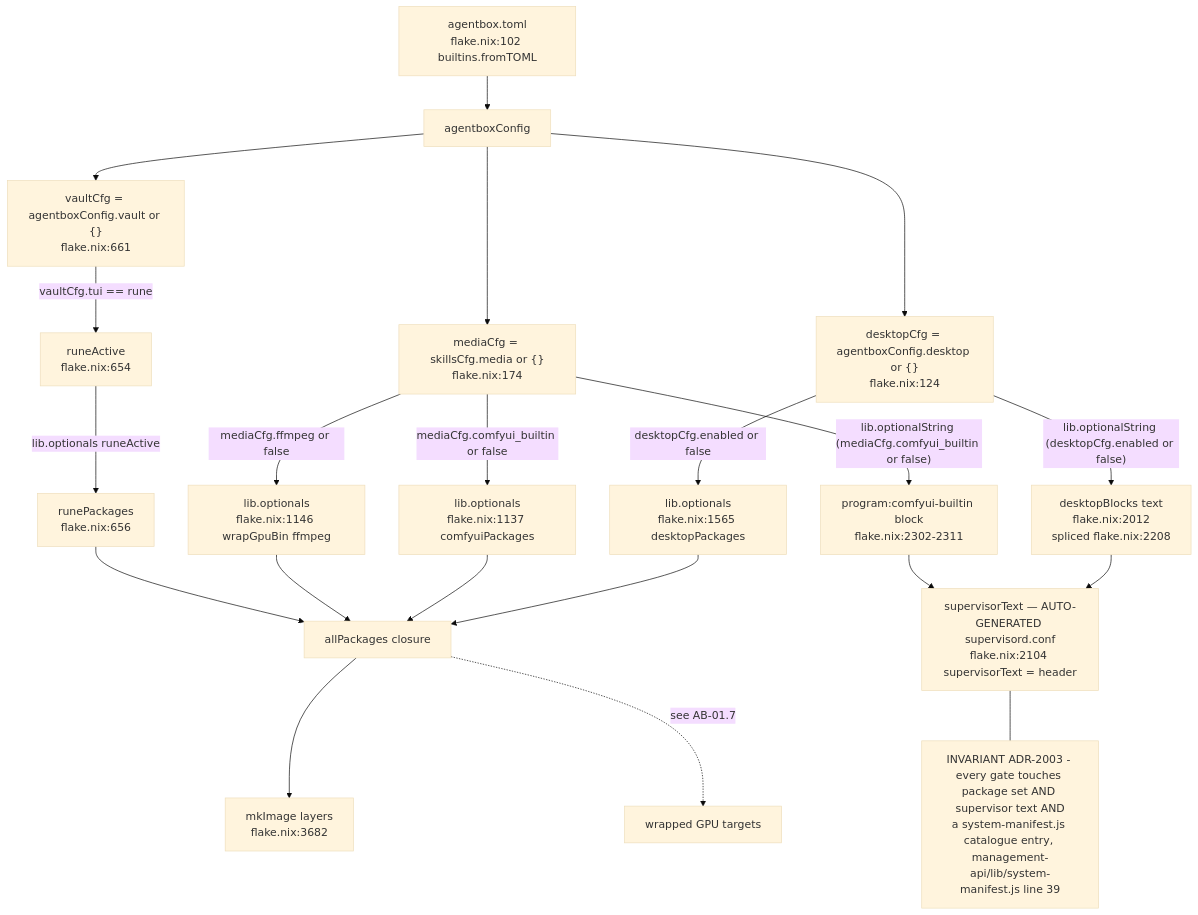
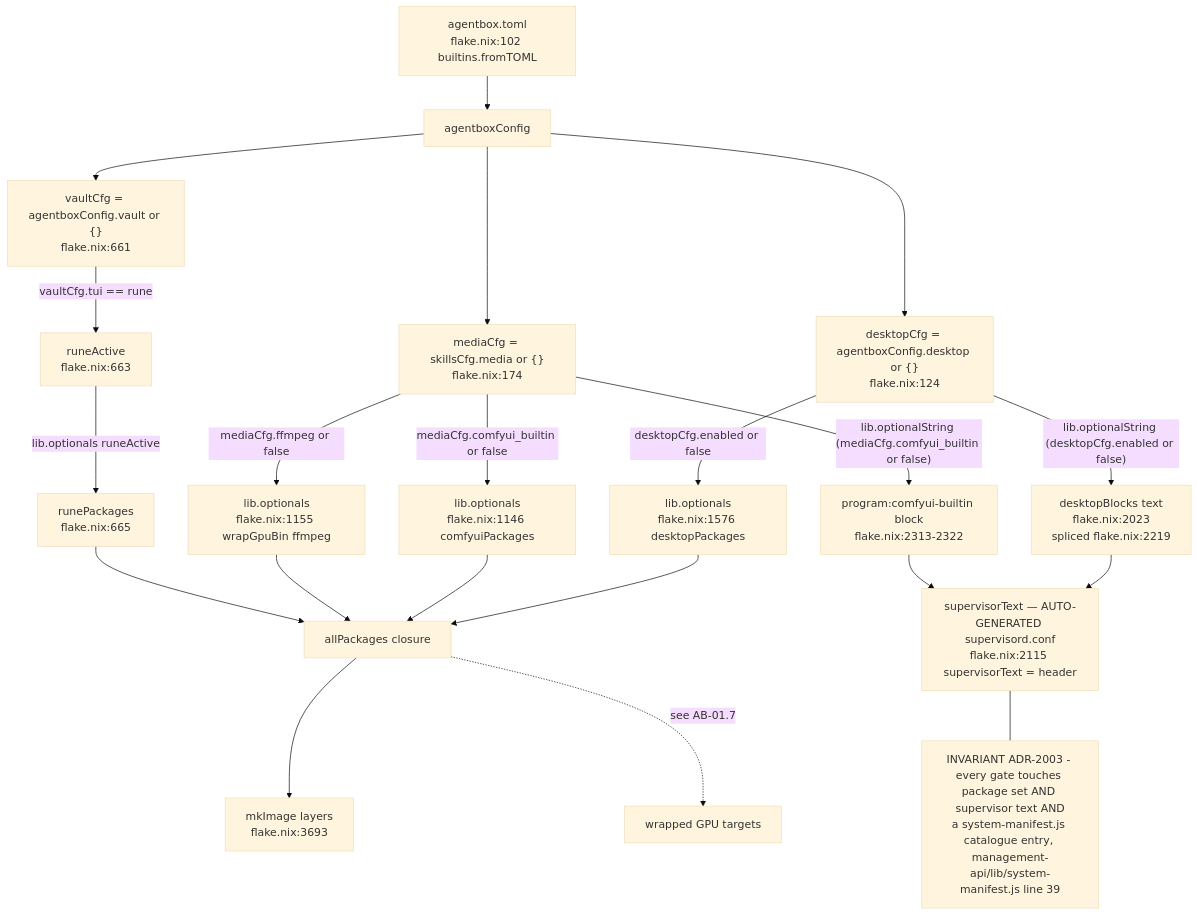
Before and after one commit to DreamLab-AI/VisionFlow: the first of 11 diagrams in docs/diagrams/agentbox/01-nix-flake-composition.md, drawn with Mermaid (base theme). The commit also changed other lines of this file and 292 other files, not shown here.

````diff
--- a/docs/diagrams/agentbox/01-nix-flake-composition.md
+++ b/docs/diagrams/agentbox/01-nix-flake-composition.md
@@ -30,30 +30,30 @@
 ```mermaid
 flowchart TB
     TOML["agentbox.toml<br/>flake.nix:102 builtins.fromTOML"] --> CFG["agentboxConfig"]
     CFG --> DESK["desktopCfg = agentboxConfig.desktop or {}<br/>flake.nix:124"]
     CFG --> MEDIA["mediaCfg = skillsCfg.media or {}<br/>flake.nix:174"]
     CFG --> VAULT["vaultCfg = agentboxConfig.vault or {}<br/>flake.nix:661"]
 
-    DESK -->|"desktopCfg.enabled or false"| DESKOPT["lib.optionals<br/>flake.nix:1565 desktopPackages"]
-    MEDIA -->|"mediaCfg.comfyui_builtin or false"| COMFYOPT["lib.optionals<br/>flake.nix:1137 comfyuiPackages"]
-    MEDIA -->|"mediaCfg.ffmpeg or false"| FFOPT["lib.optionals<br/>flake.nix:1146 wrapGpuBin ffmpeg"]
-    VAULT -->|"vaultCfg.tui == rune"| RUNEOPT["runeActive<br/>flake.nix:654"]
+    DESK -->|"desktopCfg.enabled or false"| DESKOPT["lib.optionals<br/>flake.nix:1576 desktopPackages"]
+    MEDIA -->|"mediaCfg.comfyui_builtin or false"| COMFYOPT["lib.optionals<br/>flake.nix:1146 comfyuiPackages"]
+    MEDIA -->|"mediaCfg.ffmpeg or false"| FFOPT["lib.optionals<br/>flake.nix:1155 wrapGpuBin ffmpeg"]
+    VAULT -->|"vaultCfg.tui == rune"| RUNEOPT["runeActive<br/>flake.nix:663"]
 
     DESKOPT --> ALLPKG["allPackages closure"]
     COMFYOPT --> ALLPKG
     FFOPT --> ALLPKG
-    RUNEOPT -->|"lib.optionals runeActive"| RUNEPKG["runePackages<br/>flake.nix:656"]
+    RUNEOPT -->|"lib.optionals runeActive"| RUNEPKG["runePackages<br/>flake.nix:665"]
     RUNEPKG --> ALLPKG
 
-    DESK -->|"lib.optionalString (desktopCfg.enabled or false)"| DESKSUP["desktopBlocks text<br/>flake.nix:2012<br/>spliced flake.nix:2208"]
-    MEDIA -->|"lib.optionalString (mediaCfg.comfyui_builtin or false)"| COMFYSUP["program:comfyui-builtin block<br/>flake.nix:2302-2311"]
+    DESK -->|"lib.optionalString (desktopCfg.enabled or false)"| DESKSUP["desktopBlocks text<br/>flake.nix:2023<br/>spliced flake.nix:2219"]
+    MEDIA -->|"lib.optionalString (mediaCfg.comfyui_builtin or false)"| COMFYSUP["program:comfyui-builtin block<br/>flake.nix:2313-2322"]
 
-    DESKSUP --> SUPTEXT["supervisorText — AUTO-GENERATED supervisord.conf<br/>flake.nix:2104 supervisorText = header"]
+    DESKSUP --> SUPTEXT["supervisorText — AUTO-GENERATED supervisord.conf<br/>flake.nix:2115 supervisorText = header"]
     COMFYSUP --> SUPTEXT
-    ALLPKG --> MKIMAGE["mkImage layers<br/>flake.nix:3682"]
+    ALLPKG --> MKIMAGE["mkImage layers<br/>flake.nix:3693"]
 
     ALLPKG -.->|"see AB-01.7"| WRAPTGT["wrapped GPU targets"]
 
     note1["INVARIANT ADR-2003 - every gate touches package set AND supervisor text AND<br/>a system-manifest.js catalogue entry, management-api/lib/system-manifest.js line 39"]
     SUPTEXT --- note1
 ```
````
